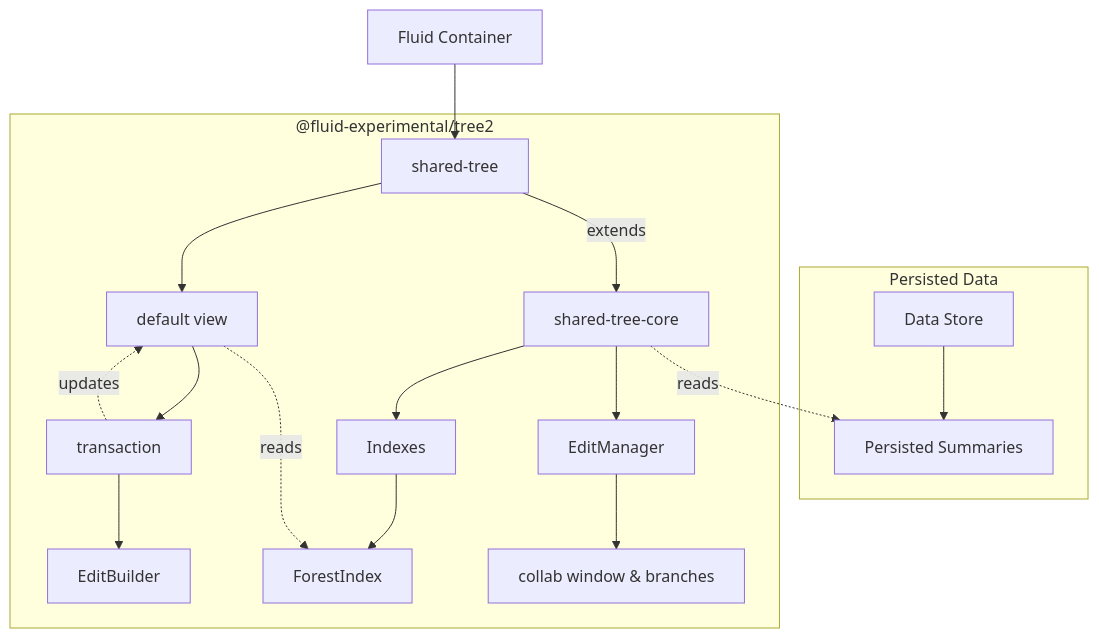
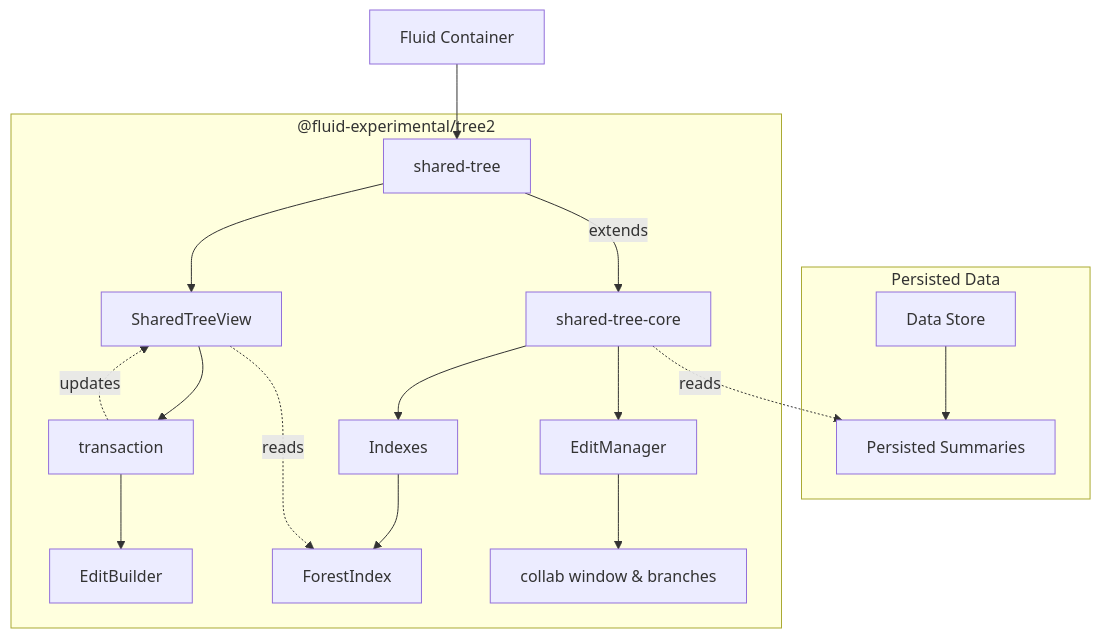
Before and after one commit to microsoft/FluidFramework: the first of 6 diagrams in experimental/dds/tree2/README.md, drawn with Mermaid.

Commit message:
Improvement

````diff
--- a/experimental/dds/tree2/README.md
+++ b/experimental/dds/tree2/README.md
@@ -107,18 +107,18 @@
 ```mermaid
 graph TD;
     subgraph "Persisted Data"
         store["Data Store"]-->doc["Persisted Summaries"]
     end
     container["Fluid Container"]-->shared-tree
     subgraph "@fluid-experimental/tree2"
         shared-tree--"extends"-->shared-tree-core
         shared-tree-core-."reads".->doc
         shared-tree-core-->EditManager-->X["collab window & branches"]
         shared-tree-core-->Indexes-->ForestIndex
-        shared-tree-->view["default view"]
+        shared-tree-->view["SharedTreeView"]
         transaction-."updates".->view
         transaction-->EditBuilder
         view-."reads".->ForestIndex
         view-->transaction
     end
 ```
````
